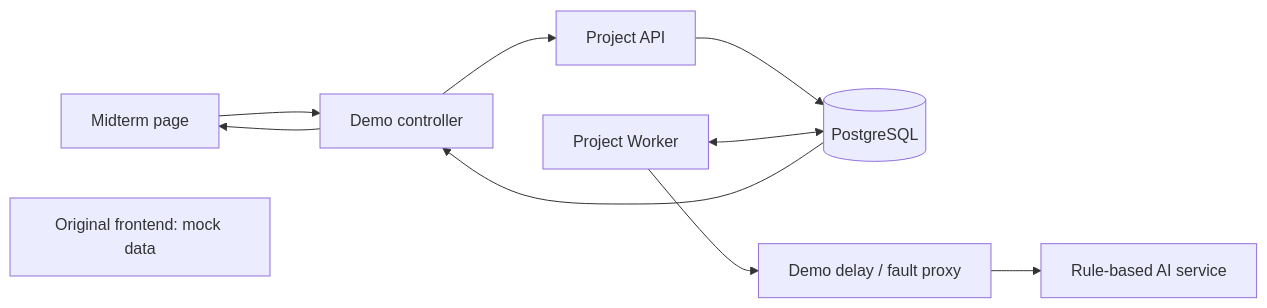
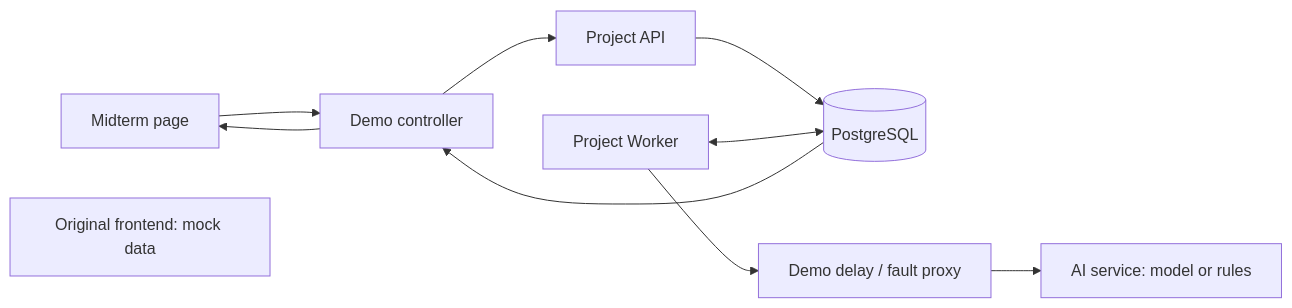
Before and after one commit to Fei-stack-wq/maie6000c-PRI: the first of 6 diagrams in docs/architecture.md, drawn with Mermaid. The commit also changed other lines of this file and 12 other files, not shown here.

````diff
--- a/docs/architecture.md
+++ b/docs/architecture.md
@@ -14,12 +14,12 @@
 ```mermaid
 flowchart LR
     Page[Midterm page] --> Presenter[Demo controller]
     Presenter --> API[Project API]
     API --> DB[(PostgreSQL)]
     Worker[Project Worker] <--> DB
     Worker --> Proxy[Demo delay / fault proxy]
-    Proxy --> AI[Rule-based AI service]
+    Proxy --> AI[AI service: model or rules]
     DB --> Presenter
     Presenter --> Page
     Original[Original frontend: mock data]
 ```
````
